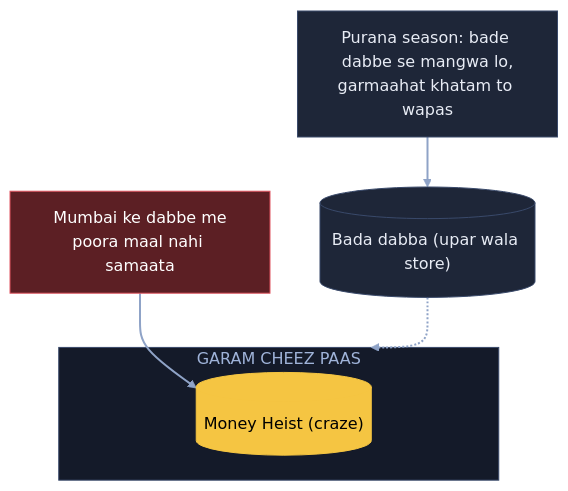
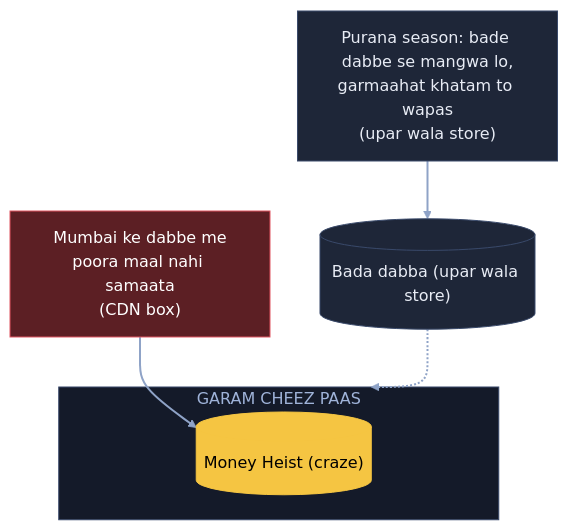
One commit to ArpanMaheshwari144/Prep changed the third of 9 diagrams in 04_HLD/SYSTEM_DESIGNS/18_netflix/18_netflix.md. Above: the diagram before and after it, drawn with Mermaid. The commit also changed other lines of this file and 20 other files, not shown here.

Commit message:
HLD main files: diagram me kahani shabd + bracket me asli naam (21 design, 182 label)

````diff
--- a/04_HLD/SYSTEM_DESIGNS/18_netflix/18_netflix.md
+++ b/04_HLD/SYSTEM_DESIGNS/18_netflix/18_netflix.md
@@ -127,18 +127,18 @@
 ```mermaid
 flowchart TB
-    X["Mumbai ke dabbe me<br/>poora maal nahi samaata"]:::bad
+    X["Mumbai ke dabbe me<br/>poora maal nahi samaata<br/>(CDN box)"]:::bad
     subgraph GP["GARAM CHEEZ PAAS"]
         G[("Money Heist (craze)")]:::pill
     end
     BD[("Bada dabba (upar wala store)")]:::card
-    T["Purana season: bade dabbe se mangwa lo,<br/>garmaahat khatam to wapas"]:::card
+    T["Purana season: bade dabbe se mangwa lo,<br/>garmaahat khatam to wapas<br/>(upar wala store)"]:::card
     X --> G
     T --> BD
     BD -.-> GP
     linkStyle default stroke:#8fa3c7,stroke-width:2px
     classDef card fill:#1e2638,stroke:#3a4a6b,color:#e8ecf5
     classDef pill fill:#f5c542,stroke:#f5c542,color:#000
     classDef good fill:#2e7d4f,stroke:#3fbf6f,color:#fff
     classDef bad fill:#5c1f24,stroke:#e05561,color:#fff
     style GP fill:#141a29,stroke:#3a4a6b,color:#9fb3d9
 ```
````
